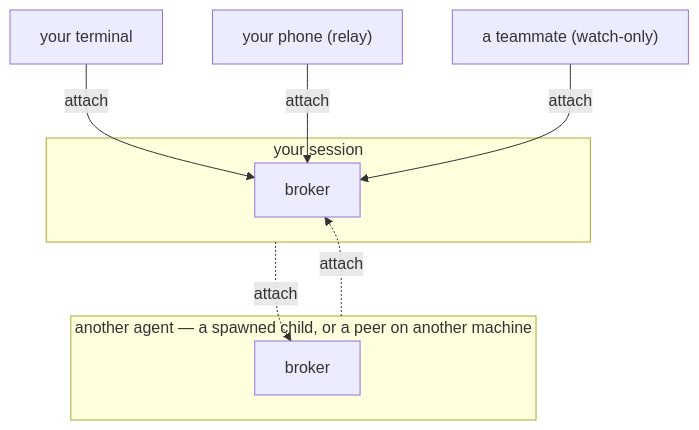
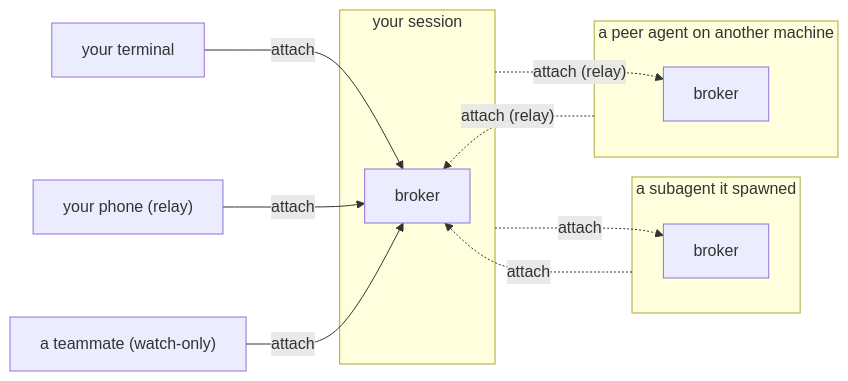
One commit to nuudge/nudge changed the diagram in README.md. Above: the diagram before and after it, drawn with Mermaid. The commit also changed other lines of this file, not shown here.

````diff
--- a/README.md
+++ b/README.md
@@ -49,14 +49,19 @@
 ```mermaid
-graph TD
+graph LR
   T["your terminal"] -->|attach| ABr
   P["your phone (relay)"] -->|attach| ABr
   W["a teammate (watch-only)"] -->|attach| ABr
   subgraph A["your session"]
     ABr["broker"]
   end
-  subgraph B["another agent — a spawned child, or a peer on another machine"]
-    BBr["broker"]
+  subgraph C["a subagent it spawned"]
+    CBr["broker"]
   end
-  A -.->|attach| BBr
-  B -.->|attach| ABr
+  subgraph R["a peer agent on another machine"]
+    RBr["broker"]
+  end
+  A -.->|attach| CBr
+  C -.->|attach| ABr
+  A -.->|"attach (relay)"| RBr
+  R -.->|"attach (relay)"| ABr
 ```
````
